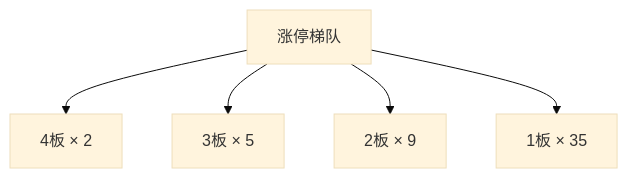
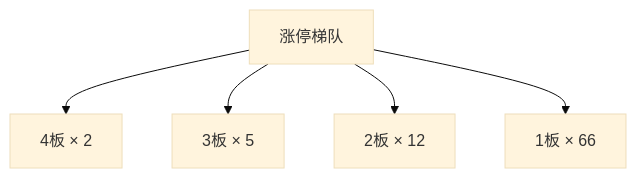
The second of 3 diagrams in content/投研交易/盘中分析/20261111.md (chenyang1999/chzl-kg), drawn with Mermaid (base theme) before and after one commit. The commit also changed other lines of this file and 1 other file, not shown here.

````diff
--- a/content/投研交易/盘中分析/20261111.md
+++ b/content/投研交易/盘中分析/20261111.md
@@ -67,12 +69,12 @@
 ```mermaid
 flowchart TD
     B_0["4板 × 2"]
     B_1["3板 × 5"]
-    B_2["2板 × 9"]
-    B_3["1板 × 35"]
+    B_2["2板 × 12"]
+    B_3["1板 × 66"]
     ROOT["涨停梯队"]
     ROOT --> B_0
     ROOT --> B_1
     ROOT --> B_2
     ROOT --> B_3
 ```
````
